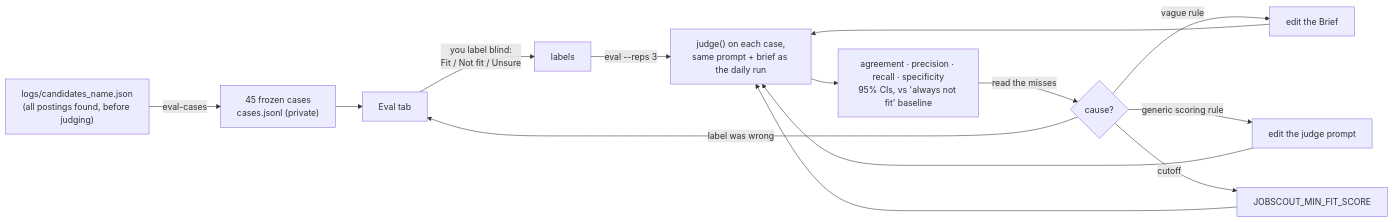
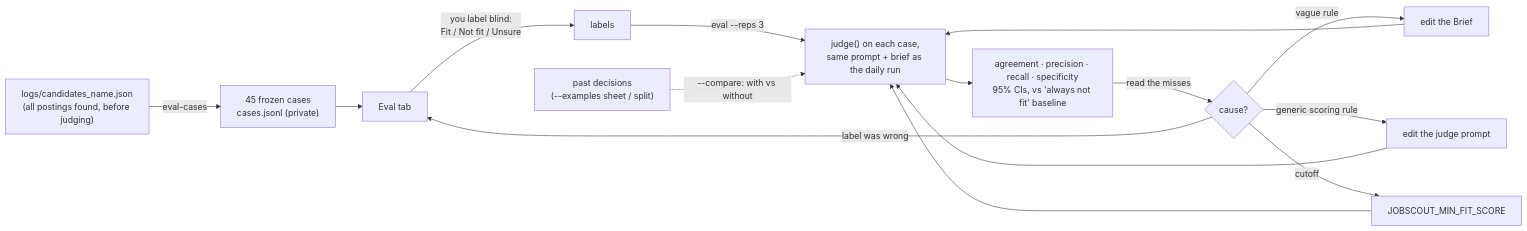
Before and after one commit to juliavasan/job-scout: the fifth of 6 diagrams in docs/ARCHITECTURE.md, drawn with Mermaid. The commit also changed other lines of this file and 9 other files, not shown here.

First line of the commit message:
Self-improvement loop: past Applied / Ignore decisions become judge examples, measured by the eval

````diff
--- a/docs/ARCHITECTURE.md
+++ b/docs/ARCHITECTURE.md
@@ -220,16 +228,17 @@
 ```mermaid
 flowchart LR
     C["logs/candidates_name.json<br/>(all postings found, before judging)"] -->|"eval-cases"| F["45 frozen cases<br/>cases.jsonl (private)"]
     F --> T["Eval tab"]
     T -->|"you label blind:<br/>Fit / Not fit / Unsure"| L["labels"]
     L -->|"eval --reps 3"| R["judge() on each case,<br/>same prompt + brief as the daily run"]
     R --> S["agreement · precision · recall · specificity<br/>95% CIs, vs 'always not fit' baseline"]
     S -->|"read the misses"| X{"cause?"}
     X -->|"vague rule"| B["edit the Brief"]
     X -->|"generic scoring rule"| P["edit the judge prompt"]
     X -->|"cutoff"| M["JOBSCOUT_MIN_FIT_SCORE"]
     X -->|"label was wrong"| T
+    E2["past decisions<br/>(--examples sheet / split)"] -.->|"--compare: with vs without"| R
     B --> R
     P --> R
     M --> R
 ```
````
